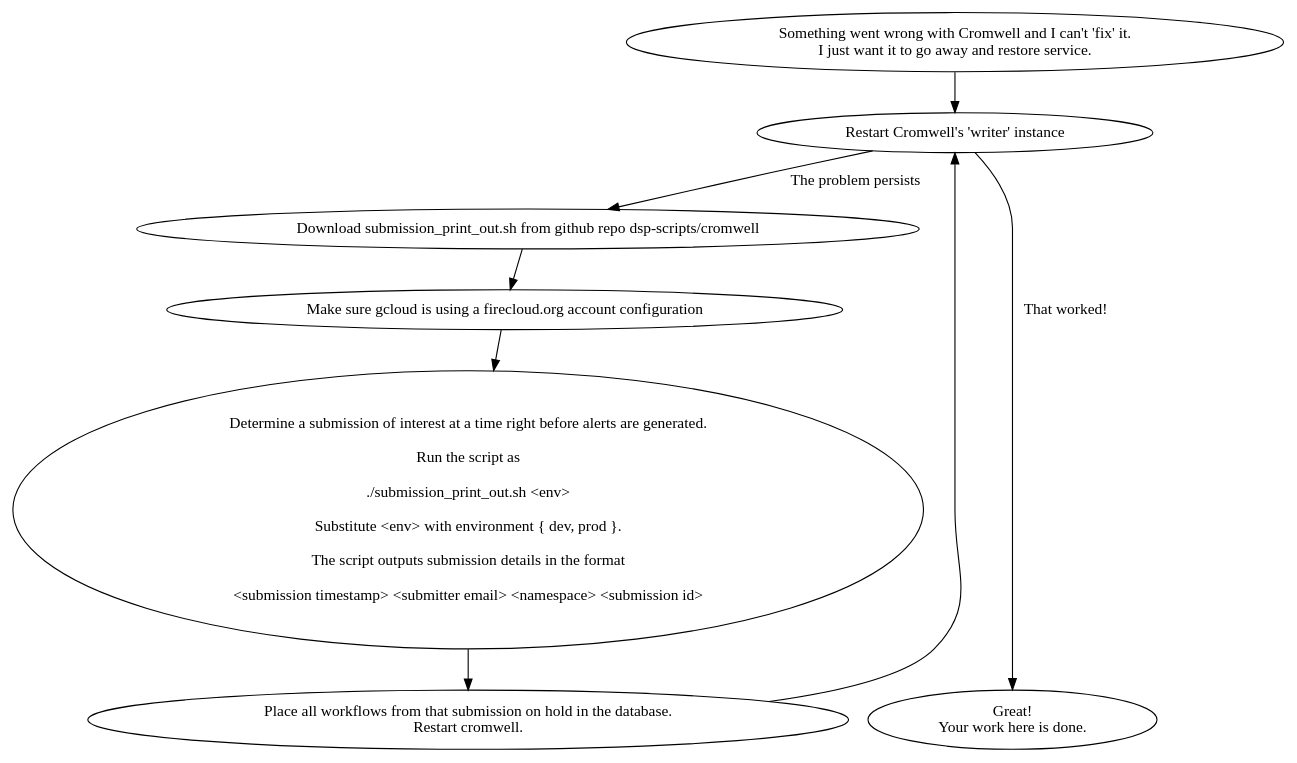
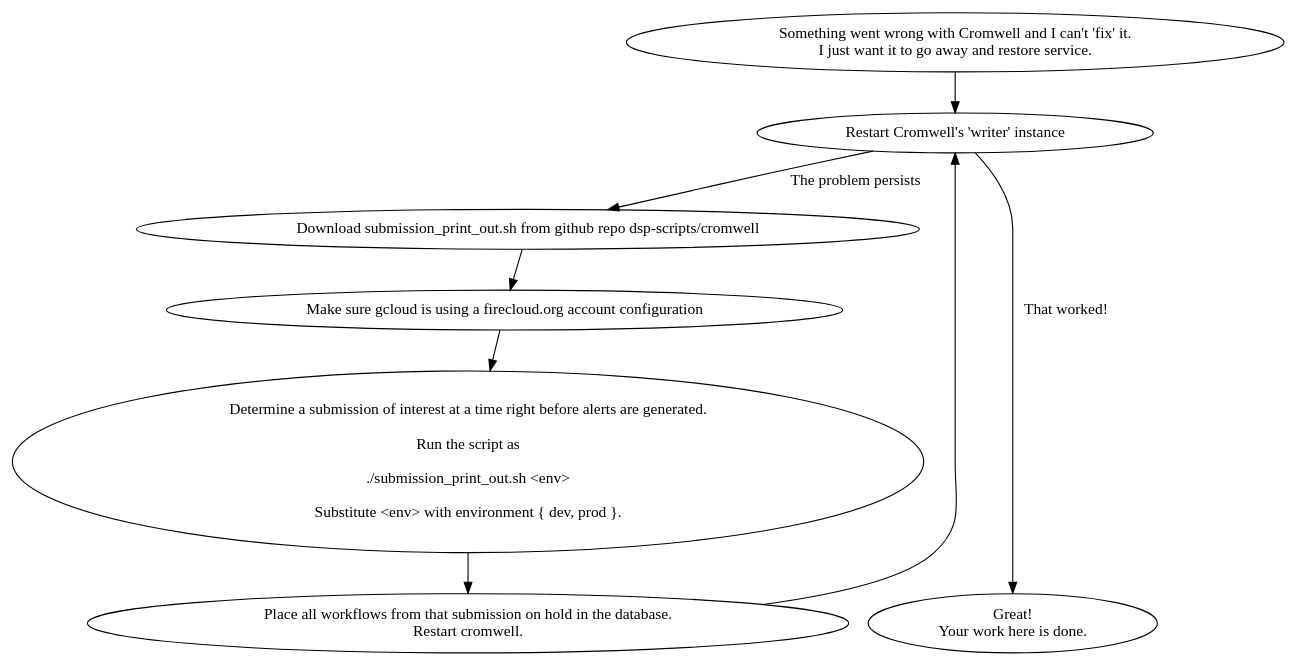
The diagram in processes/troubleshooting/all-purpose-mess-remover.dot (broadinstitute/cromwell), drawn with Graphviz before and after one commit. The commit also changed 1 other file, not shown here.

Commit message:
Remove output format from .dot

```diff
--- a/processes/troubleshooting/all-purpose-mess-remover.dot
+++ b/processes/troubleshooting/all-purpose-mess-remover.dot
@@ -1,36 +1,36 @@
 digraph {
 
   # Nodes
 
   something_wrong [shape=oval label="Something went wrong with Cromwell and I can't 'fix' it.\nI just want it to go away and restore service."];
 
   # Always start with a restart:
   restart_cromwell_instance [shape=oval label="Restart Cromwell's 'writer' instance"];
 
   download_submission_print_out [shape=oval label="Download submission_print_out.sh from github repo dsp-scripts/cromwell"];
   make_sure_gcloud_use_firecloud [shape=oval label="Make sure gcloud is using a firecloud.org account configuration"];
-  determine_submissions_of_interest [shape=oval label="Determine a submission of interest at a time right before alerts are generated.\n\nRun the script as\n\n./submission_print_out.sh <env>\n\nSubstitute <env> with environment { dev, prod }.\n\nThe script outputs submission details in the format\n\n<submission timestamp> <submitter email> <namespace> <submission id>"];
+  determine_submissions_of_interest [shape=oval label="Determine a submission of interest at a time right before alerts are generated.\n\nRun the script as\n\n./submission_print_out.sh <env>\n\nSubstitute <env> with environment { dev, prod }."];
 
   place_submissions_on_hold [shape=oval label="Place all workflows from that submission on hold in the database.\nRestart cromwell."];
 
 
   go_to_sleep [shape=oval label="Great!\nYour work here is done."];
 
   { rank=max go_to_sleep }
 
 
   # Edges
 
   something_wrong -> restart_cromwell_instance
 
   restart_cromwell_instance -> go_to_sleep [label="That worked!"]
 
   restart_cromwell_instance -> download_submission_print_out [label="The problem persists"]
   download_submission_print_out -> make_sure_gcloud_use_firecloud
   make_sure_gcloud_use_firecloud -> determine_submissions_of_interest
   determine_submissions_of_interest -> place_submissions_on_hold
 
   place_submissions_on_hold -> restart_cromwell_instance
 
 
 }
```
